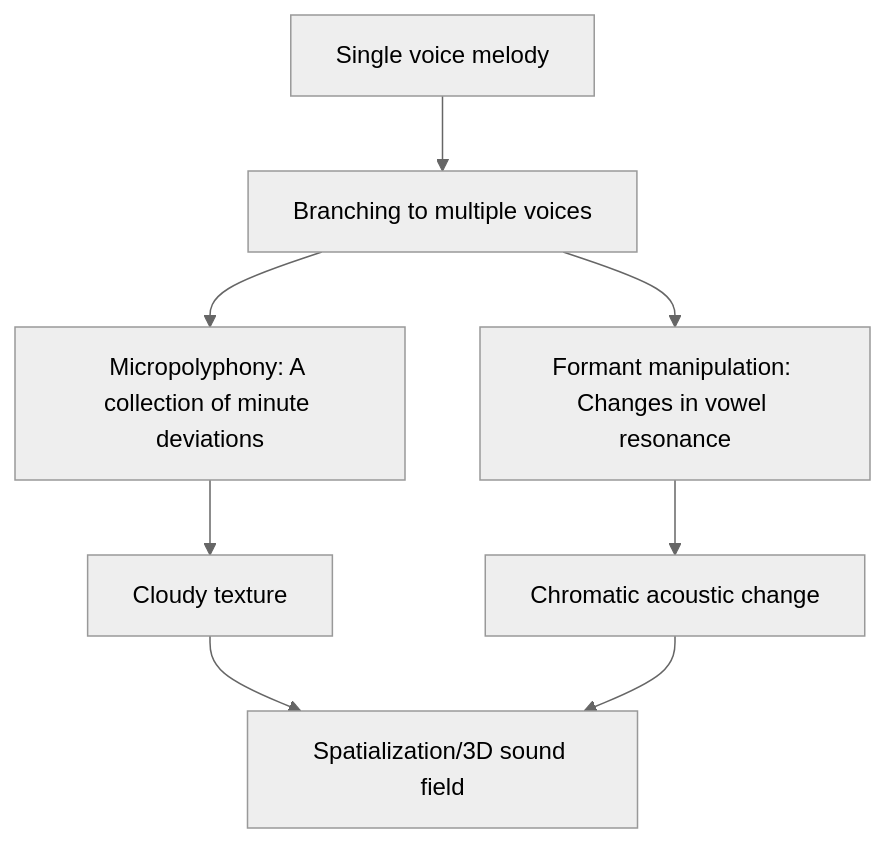
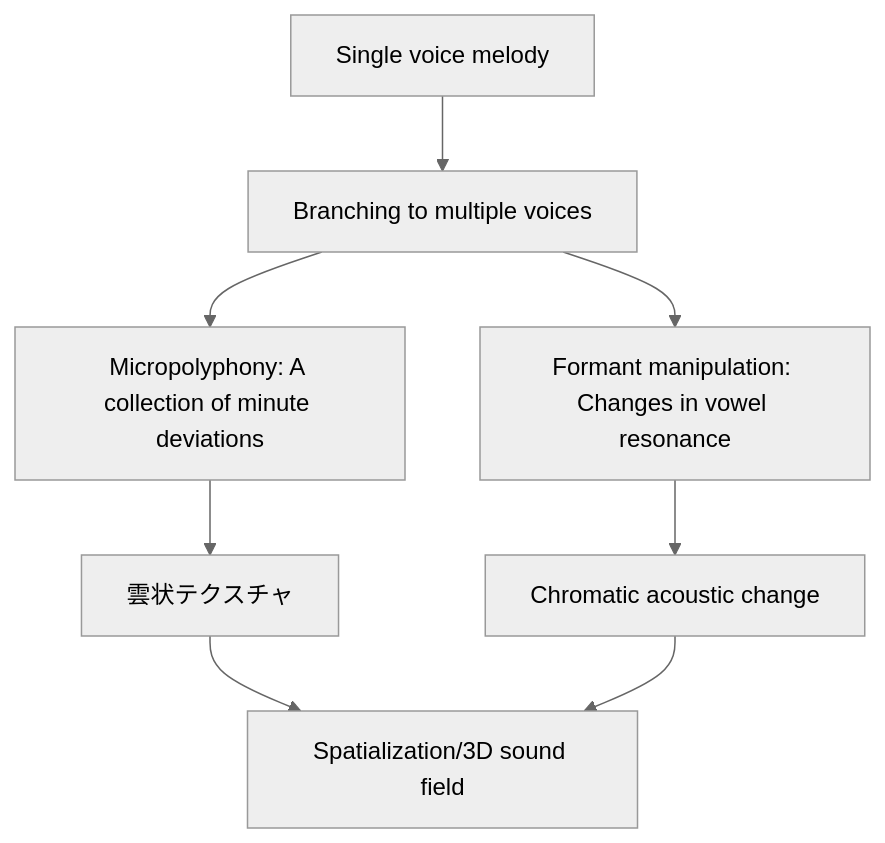
Before and after one commit to monumental-movement/monumental-movement.github.io: the second of 2 diagrams in en/_posts/2025-12-10-column-choral-vocal-experimental.md, drawn with Mermaid (neutral theme). The commit also changed other lines of this file and 1012 other files, not shown here.

```diff
--- a/en/_posts/2025-12-10-column-choral-vocal-experimental.md
+++ b/en/_posts/2025-12-10-column-choral-vocal-experimental.md
@@ -228,10 +228,10 @@
 <div class="mermaid">
 flowchart TD
     A["Single voice melody"] --> B["Branching to multiple voices"]
     B --> C["Micropolyphony: A collection of minute deviations"]
     B --> D["Formant manipulation: Changes in vowel resonance"]
-    C --> E["Cloudy texture"]
+    C --> E["雲状テクスチャ"]
     D --> F["Chromatic acoustic change"]
     E --> G["Spatialization/3D sound field"]
     F --> G["Spatialization/3D sound field"]
 </div>
```
